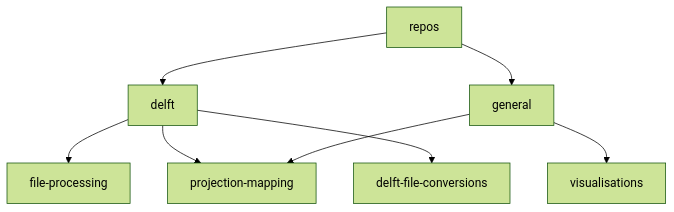
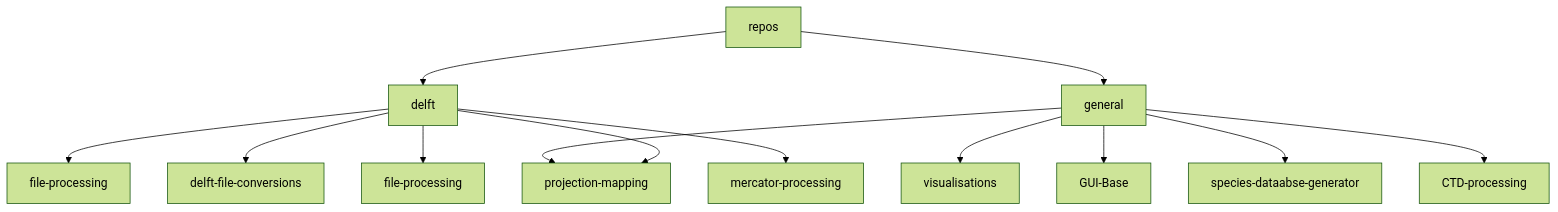
Before and after one commit to Anchor-Environmental/.github: the diagram in profile/README.md, drawn with Mermaid (forest theme). The commit also changed other lines of this file, not shown here.

````diff
--- a/profile/README.md
+++ b/profile/README.md
@@ -38,12 +38,16 @@
 ```mermaid
 
 graph TD
   A[repos]-->B[delft]
   B[delft]-->C[file-processing]
   B-->D[projection-mapping]
   B-->E[delft-file-conversions]
+  B-->H[file-processing]
+  B-->J[mercator-processing]
   A-->F[general]
   F-->G[visualisations]
   F-->D[projection-mapping]
-
+  F-->I[GUI-Base]
+  F-->K[species-dataabse-generator]
+  F-->L[CTD-processing]
 ```
````
